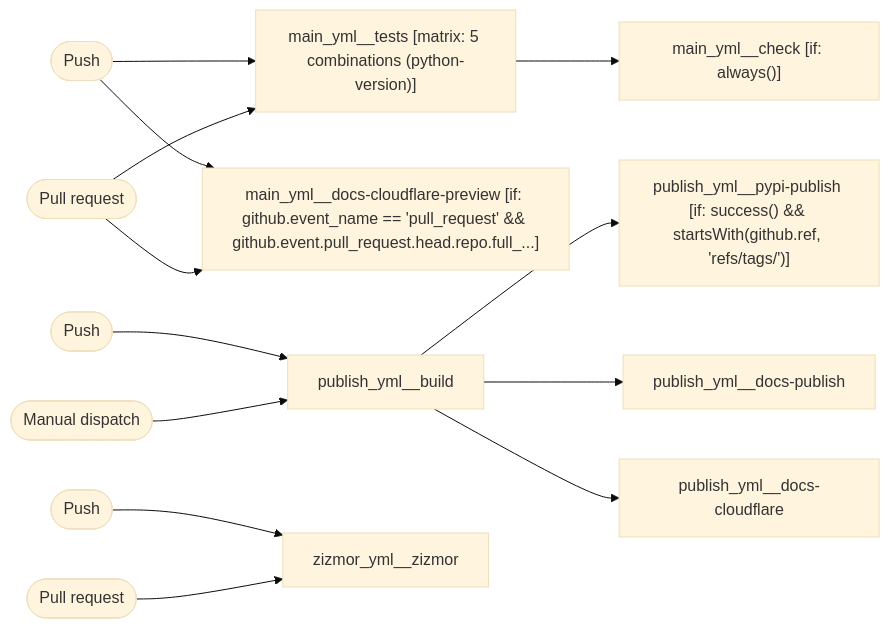
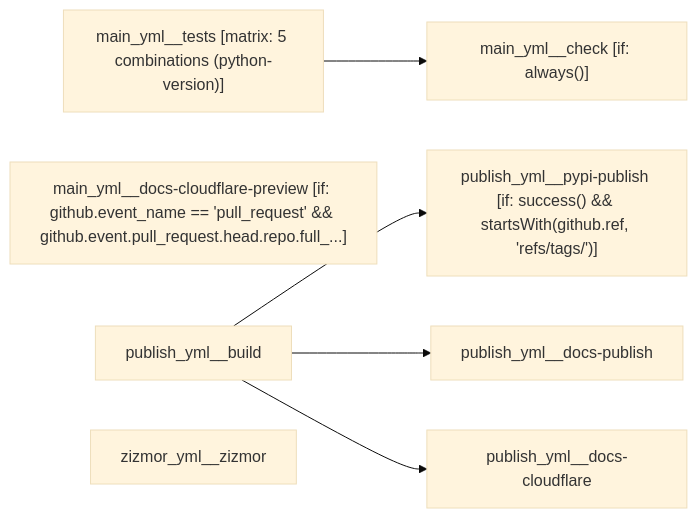
Before and after one commit to bhagatshivam/what-is-my-pipeline-doing: the diagram in tests/golden/multi/starlette.md, drawn with Mermaid (base theme). The commit also changed other lines of this file and 27 other files, not shown here.

````diff
--- a/tests/golden/multi/starlette.md
+++ b/tests/golden/multi/starlette.md
@@ -66,29 +78,15 @@
 ```mermaid
 flowchart LR
-    trigger_0(["Push"])
-    trigger_1(["Pull request"])
-    trigger_2(["Push"])
-    trigger_3(["Manual dispatch"])
-    trigger_4(["Push"])
-    trigger_5(["Pull request"])
     main_yml__tests["main_yml__tests [matrix: 5 combinations (python-version)]"]
     main_yml__check["main_yml__check [if: always()]"]
     main_yml__docs-cloudflare-preview["main_yml__docs-cloudflare-preview [if: github.event_name == 'pull_request' && github.event.pull_request.head.repo.full_...]"]
     publish_yml__build["publish_yml__build"]
     publish_yml__pypi-publish["publish_yml__pypi-publish [if: success() && startsWith(github.ref, 'refs/tags/')]"]
     publish_yml__docs-publish["publish_yml__docs-publish"]
     publish_yml__docs-cloudflare["publish_yml__docs-cloudflare"]
     zizmor_yml__zizmor["zizmor_yml__zizmor"]
-    trigger_0 --> main_yml__tests
-    trigger_0 --> main_yml__docs-cloudflare-preview
-    trigger_1 --> main_yml__tests
-    trigger_1 --> main_yml__docs-cloudflare-preview
-    trigger_2 --> publish_yml__build
-    trigger_3 --> publish_yml__build
-    trigger_4 --> zizmor_yml__zizmor
-    trigger_5 --> zizmor_yml__zizmor
     main_yml__tests --> main_yml__check
     publish_yml__build --> publish_yml__pypi-publish
     publish_yml__build --> publish_yml__docs-publish
     publish_yml__build --> publish_yml__docs-cloudflare
 ```
````
